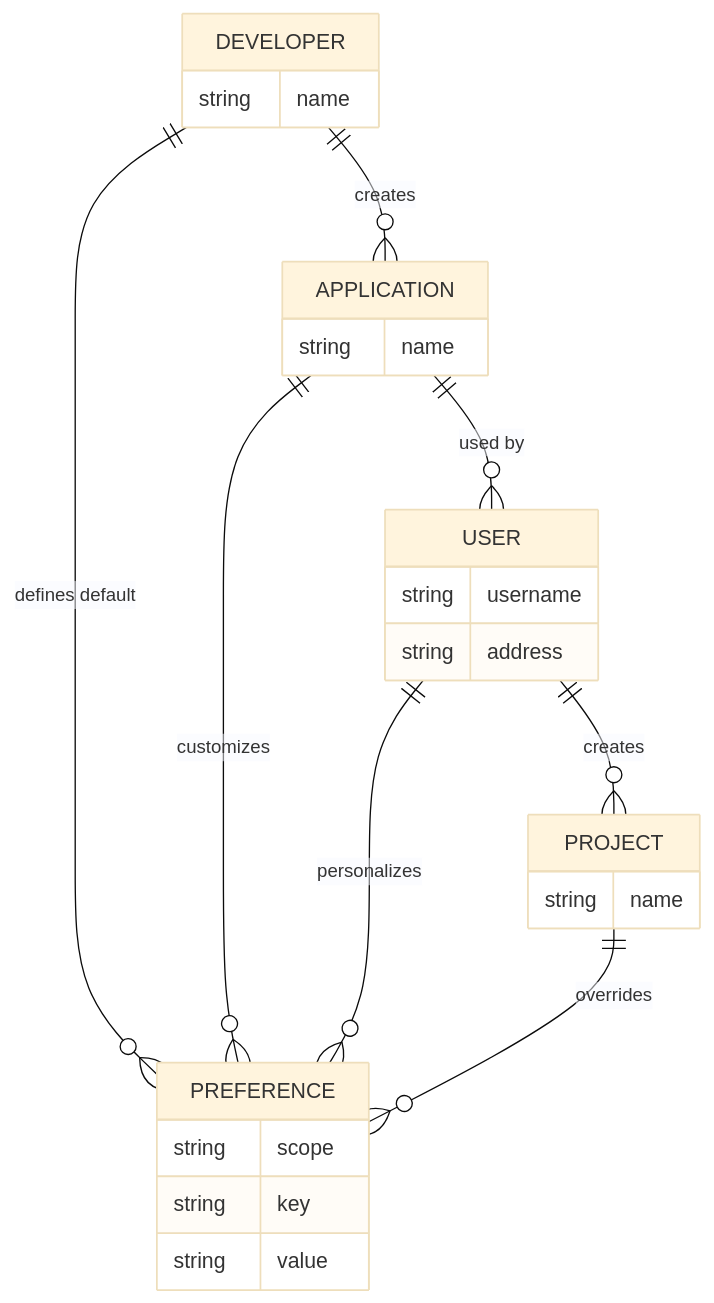
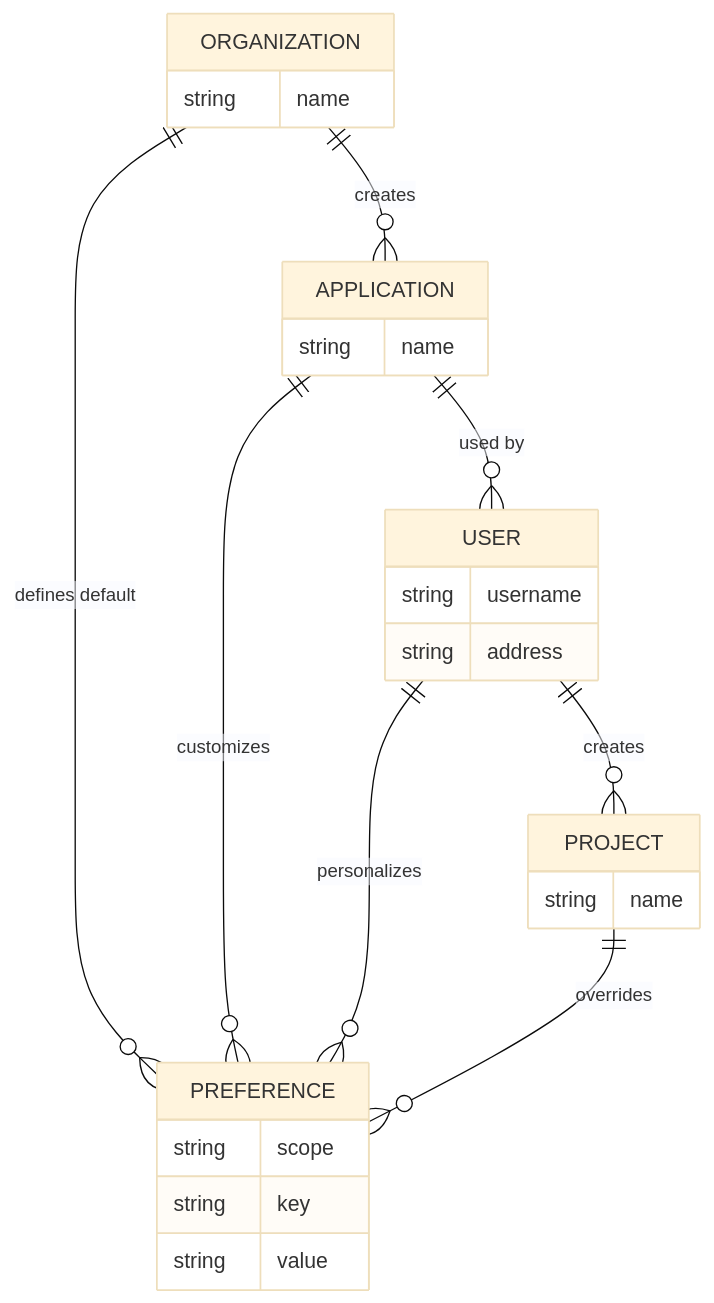
Before and after one commit to TrueBlocks/trueblocks-codegen: the diagram in diagrams/EntityRelationship.md, drawn with Mermaid (base theme). The commit also changed 4 other files, not shown here.

````diff
--- a/diagrams/EntityRelationship.md
+++ b/diagrams/EntityRelationship.md
@@ -3,34 +3,34 @@
 ```mermaid
 erDiagram
-    DEVELOPER {
-        string name
-    }
-
-    APPLICATION {
+    ORGANIZATION {
         string name
     }
 
     USER {
         string username
         string address
+    }
+
+    APPLICATION {
+        string name
     }
 
     PROJECT {
         string name
     }
 
     PREFERENCE {
         string scope
         string key
         string value
     }
 
-    DEVELOPER ||--o{ APPLICATION : "creates"
+    ORGANIZATION ||--o{ APPLICATION : "creates"
     APPLICATION ||--o{ USER : "used by"
     USER ||--o{ PROJECT : "creates"
 
-    DEVELOPER ||--o{ PREFERENCE : "defines default"
+    ORGANIZATION ||--o{ PREFERENCE : "defines default"
     APPLICATION ||--o{ PREFERENCE : "customizes"
     USER ||--o{ PREFERENCE : "personalizes"
     PROJECT ||--o{ PREFERENCE : "overrides"
 ```
````
